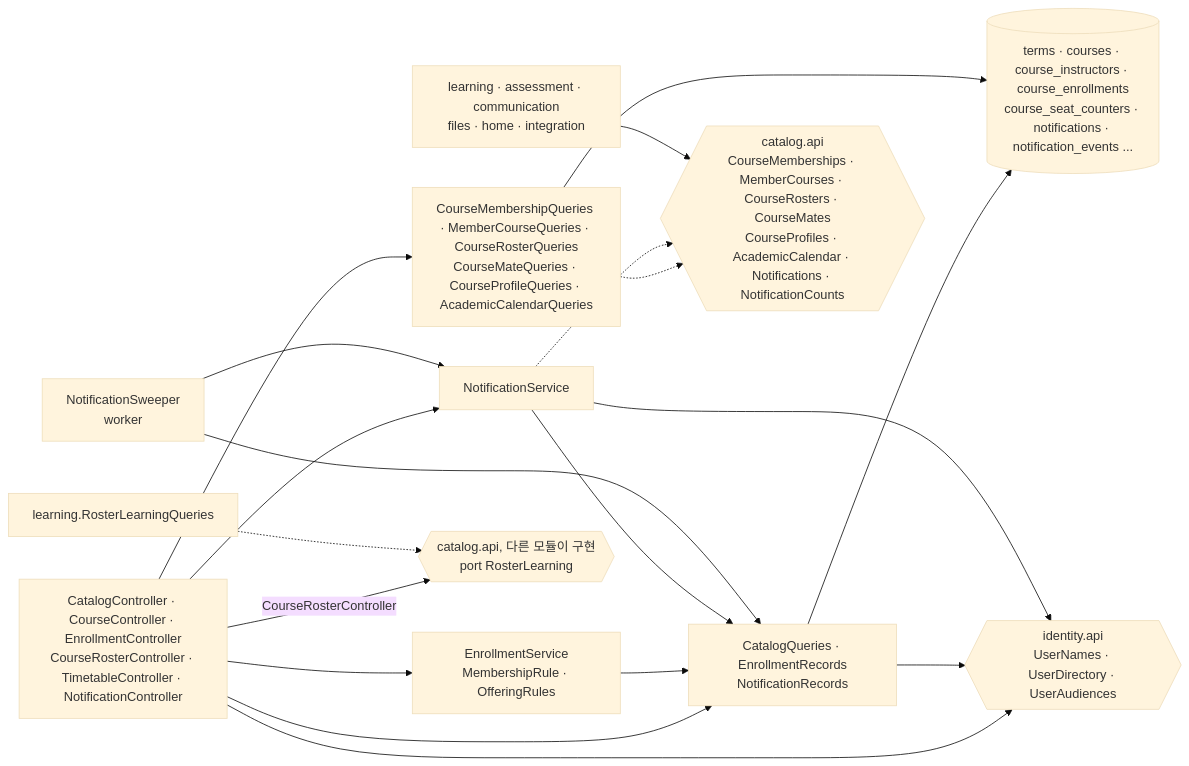
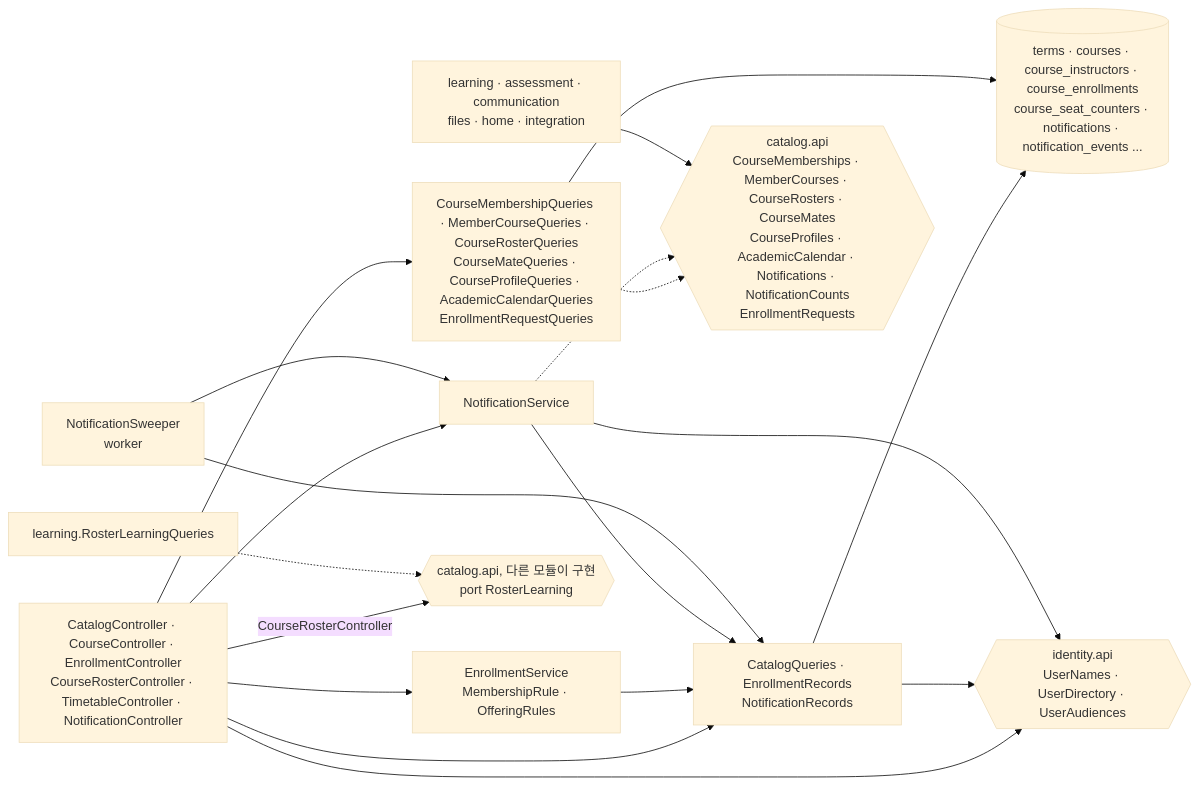
The seventh of 18 diagrams in backend/docs/c4.md (2026ENDPoinT/team13), drawn with Mermaid (base theme) before and after one commit. The commit also changed other lines of this file and 1 other file, not shown here.

````diff
--- a/backend/docs/c4.md
+++ b/backend/docs/c4.md
@@ -288,25 +288,25 @@
 ```mermaid
 flowchart LR
   CTRL["CatalogController · CourseController · EnrollmentController<br/>CourseRosterController · TimetableController · NotificationController"]
   ENR["EnrollmentService<br/>MembershipRule · OfferingRules"]
   NS["NotificationService"]
   SW["NotificationSweeper<br/>worker"]
   REC["CatalogQueries · EnrollmentRecords<br/>NotificationRecords"]
-  Q["CourseMembershipQueries · MemberCourseQueries · CourseRosterQueries<br/>CourseMateQueries · CourseProfileQueries · AcademicCalendarQueries"]
-  API{{"catalog.api<br/>CourseMemberships · MemberCourses · CourseRosters · CourseMates<br/>CourseProfiles · AcademicCalendar · Notifications · NotificationCounts"}}
+  Q["CourseMembershipQueries · MemberCourseQueries · CourseRosterQueries<br/>CourseMateQueries · CourseProfileQueries · AcademicCalendarQueries<br/>EnrollmentRequestQueries"]
+  API{{"catalog.api<br/>CourseMemberships · MemberCourses · CourseRosters · CourseMates<br/>CourseProfiles · AcademicCalendar · Notifications · NotificationCounts<br/>EnrollmentRequests"}}
   IDN{{"identity.api<br/>UserNames · UserDirectory · UserAudiences"}}
   DB[("terms · courses · course_instructors · course_enrollments<br/>course_seat_counters · notifications · notification_events ...")]
   CALL["learning · assessment · communication<br/>files · home · integration"]
   PORT{{"catalog.api, 다른 모듈이 구현<br/>port RosterLearning"}}
   LRQ["learning.RosterLearningQueries"]
   CTRL --> ENR & NS & REC & Q
   ENR --> REC
   NS --> REC
   SW --> NS & REC
   REC & Q --> DB
   Q & NS -.-> API
   CTRL & REC & NS --> IDN
   CALL --> API
   CTRL -->|"CourseRosterController"| PORT
   LRQ -.-> PORT
 ```
````
